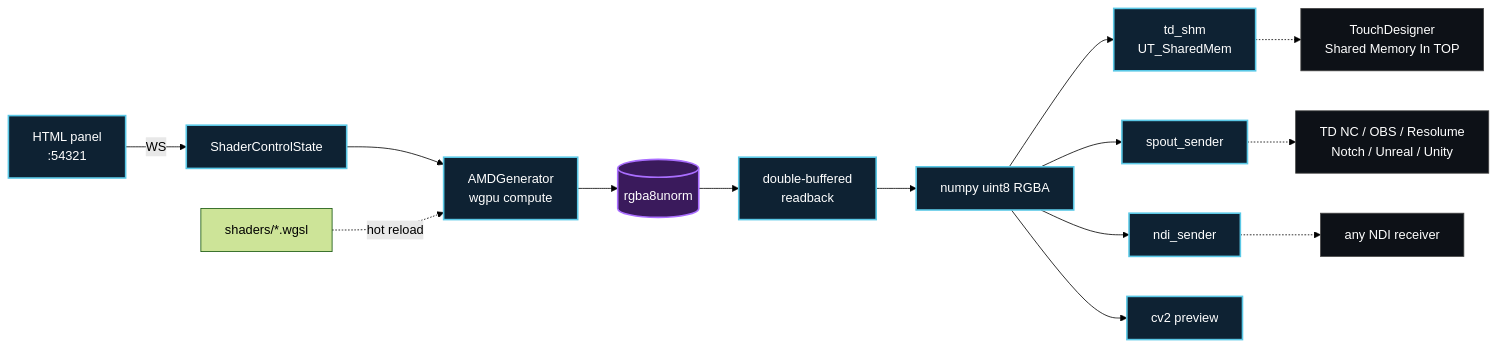
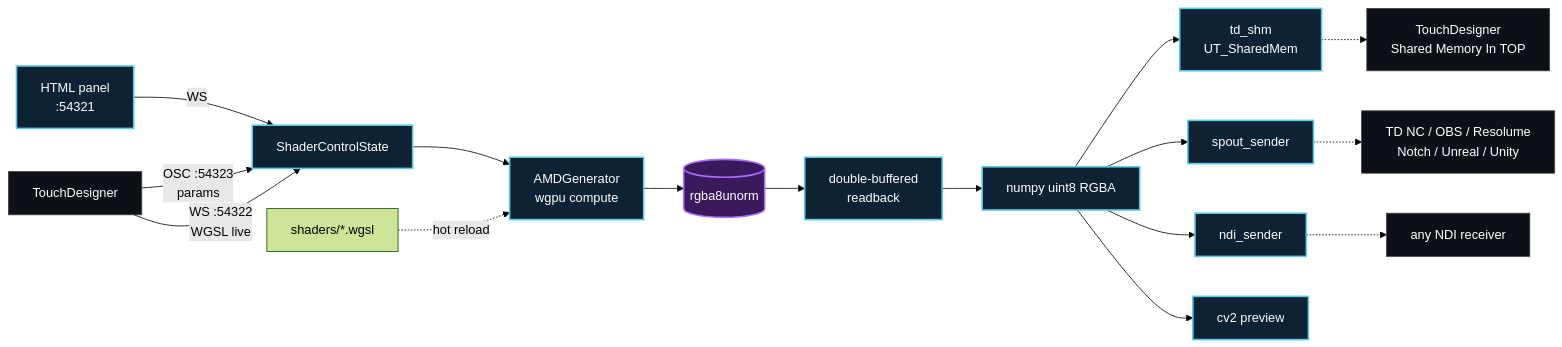
The diagram in README.md (UnveilStudio/wgsl-shm), drawn with Mermaid (forest theme) before and after one commit. The commit also changed other lines of this file and 12 other files, not shown here.

First line of the commit message:
feat: control plane per TouchDesigner (OSC, live coding WGSL) + 4 bugfix

````diff
--- a/README.md
+++ b/README.md
@@ -28,23 +30,26 @@
 ```mermaid
 flowchart LR
     UI[HTML panel<br/>:54321] -- WS --> STATE[ShaderControlState]
+    TDIN[TouchDesigner] -- "OSC :54323<br/>params" --> STATE
+    TDIN -- "WS :54322<br/>WGSL live" --> STATE
     STATE --> GEN[AMDGenerator<br/>wgpu compute]
     SHADER[shaders/*.wgsl] -.hot reload.-> GEN
     GEN --> TEX[(rgba8unorm)]
     TEX --> RB[double-buffered<br/>readback]
     RB --> FRAME[numpy uint8 RGBA]
     FRAME --> SHM[td_shm<br/>UT_SharedMem]
     FRAME --> SPOUT[spout_sender]
     FRAME --> NDI[ndi_sender]
     FRAME --> CV2[cv2 preview]
     SHM -.-> TD[TouchDesigner<br/>Shared Memory In TOP]
     SPOUT -.-> SPR[TD NC / OBS / Resolume<br/>Notch / Unreal / Unity]
     NDI -.-> EXT[any NDI receiver]
 
     classDef py fill:#0e2233,stroke:#5ac8e6,stroke-width:2px,color:#fff
     classDef gpu fill:#3a1a5c,stroke:#aa6eff,stroke-width:2px,color:#fff
     classDef sys fill:#0d1117,stroke:#444,color:#fff
     class UI,STATE,GEN,RB,FRAME,SHM,SPOUT,NDI,CV2 py
+    class TDIN sys
     class TEX gpu
     class TD,SPR,EXT sys
 ```
````
